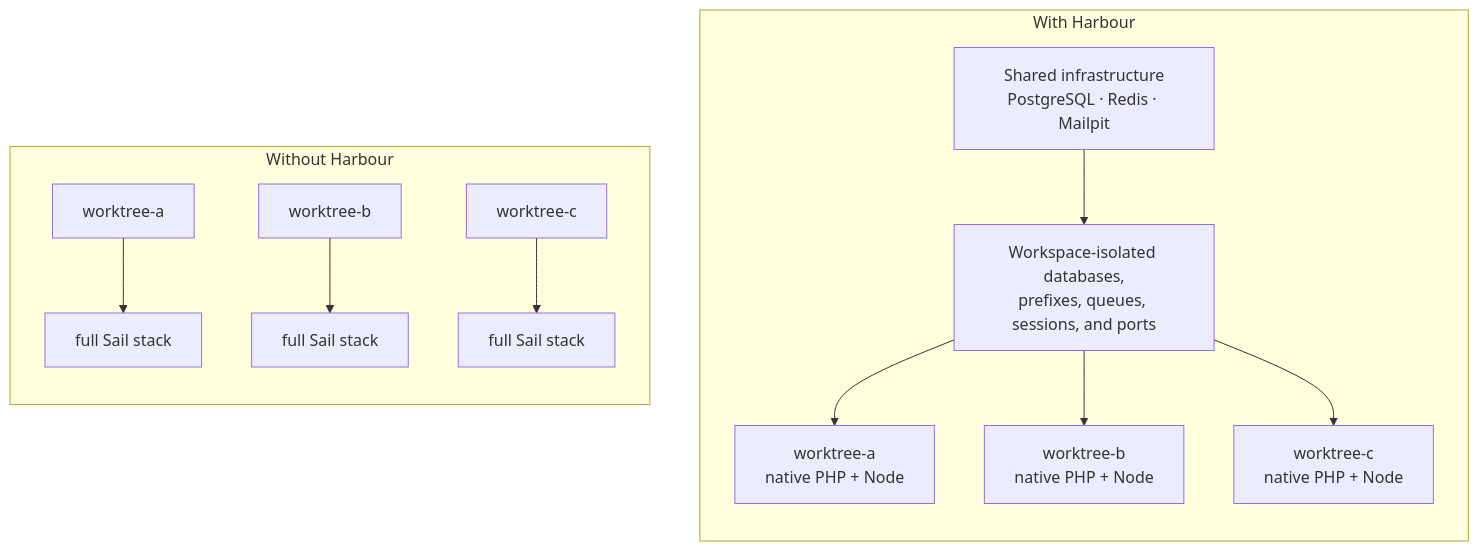
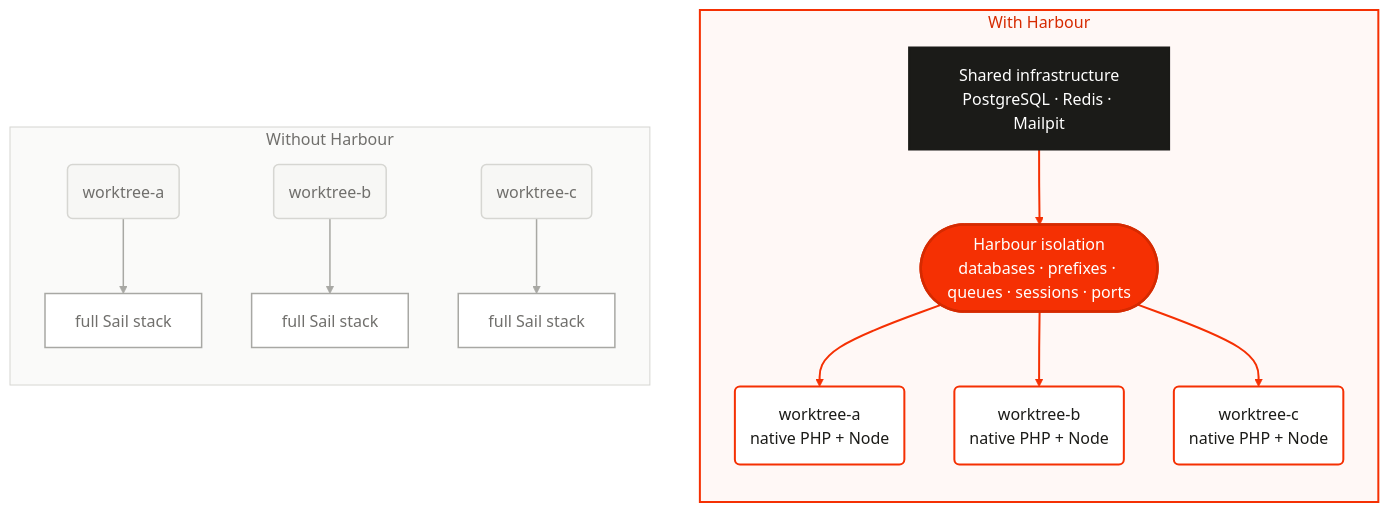
One commit to pickeringtech/harbour changed the diagram in README.template.md. Above: the diagram before and after it, drawn with Mermaid. The commit also changed 5 other files, not shown here.

Commit message:
docs: theme diagrams for Laravel

````diff
--- a/README.template.md
+++ b/README.template.md
@@ -15,23 +15,40 @@
 ```mermaid
 flowchart LR
     accTitle: Harbour shared-infrastructure model
     accDescr: Without Harbour, every worktree runs a complete Sail stack. With Harbour, native PHP and Node worktrees connect through isolated namespaces to shared PostgreSQL, Redis, and Mailpit services.
 
     subgraph without[Without Harbour]
         direction TB
-        WA[worktree-a] --> SA[full Sail stack]
-        WB[worktree-b] --> SB[full Sail stack]
-        WC[worktree-c] --> SC[full Sail stack]
+        WA("worktree-a") --> SA[full Sail stack]
+        WB("worktree-b") --> SB[full Sail stack]
+        WC("worktree-c") --> SC[full Sail stack]
     end
 
     subgraph with[With Harbour]
         direction TB
         shared[Shared infrastructure<br/>PostgreSQL · Redis · Mailpit]
-        shared --> namespaces[Workspace-isolated databases,<br/>prefixes, queues, sessions, and ports]
-        namespaces --> HA[worktree-a<br/>native PHP + Node]
-        namespaces --> HB[worktree-b<br/>native PHP + Node]
-        namespaces --> HC[worktree-c<br/>native PHP + Node]
+        shared --> namespaces([Harbour isolation<br/>databases · prefixes · queues · sessions · ports])
+        namespaces --> HA("worktree-a<br/>native PHP + Node")
+        namespaces --> HB("worktree-b<br/>native PHP + Node")
+        namespaces --> HC("worktree-c<br/>native PHP + Node")
     end
 
     SC ~~~ shared
+
+    classDef muted fill:#f7f7f5,stroke:#d6d6d2,color:#706f6c,stroke-width:1.5px
+    classDef stack fill:#ffffff,stroke:#a8a8a4,color:#706f6c,stroke-width:1.5px
+    classDef shared fill:#1b1b18,stroke:#1b1b18,color:#ffffff,stroke-width:2px
+    classDef harbour fill:#f53003,stroke:#d62a00,color:#ffffff,stroke-width:2.5px
+    classDef workspace fill:#ffffff,stroke:#f53003,color:#1b1b18,stroke-width:2px
+
+    class WA,WB,WC muted
+    class SA,SB,SC stack
+    class shared shared
+    class namespaces harbour
+    class HA,HB,HC workspace
+
+    style without fill:#fafaf9,stroke:#d6d6d2,stroke-width:1px,color:#706f6c
+    style with fill:#fff8f6,stroke:#f53003,stroke-width:2px,color:#d62a00
+    linkStyle 0,1,2 stroke:#a8a8a4,stroke-width:1.5px
+    linkStyle 3,4,5,6 stroke:#f53003,stroke-width:2px
 ```
````
